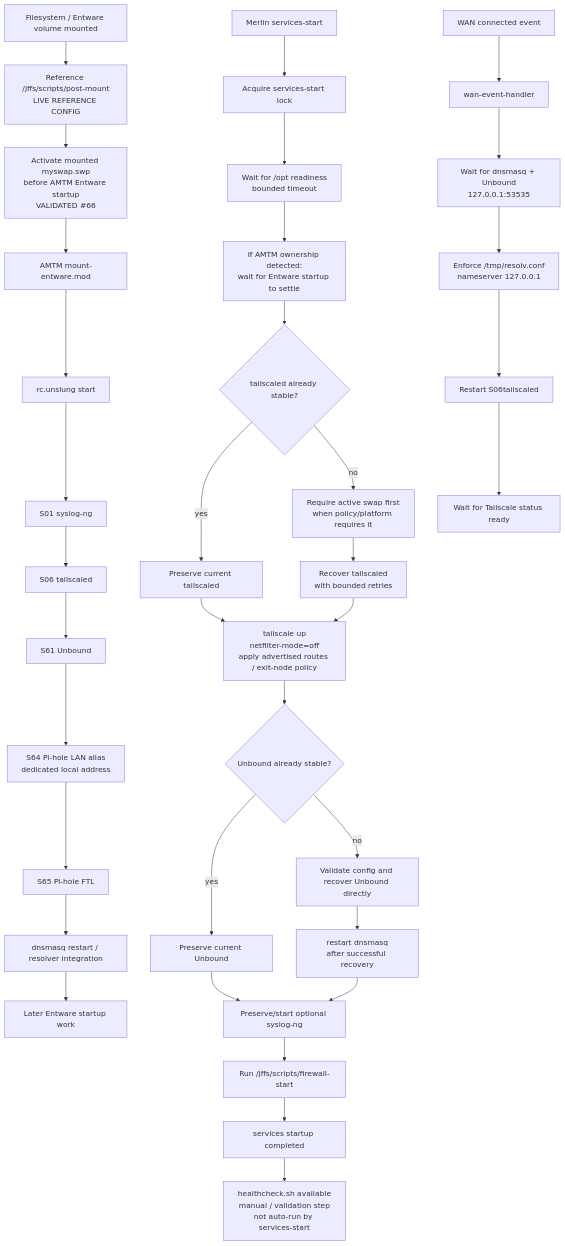
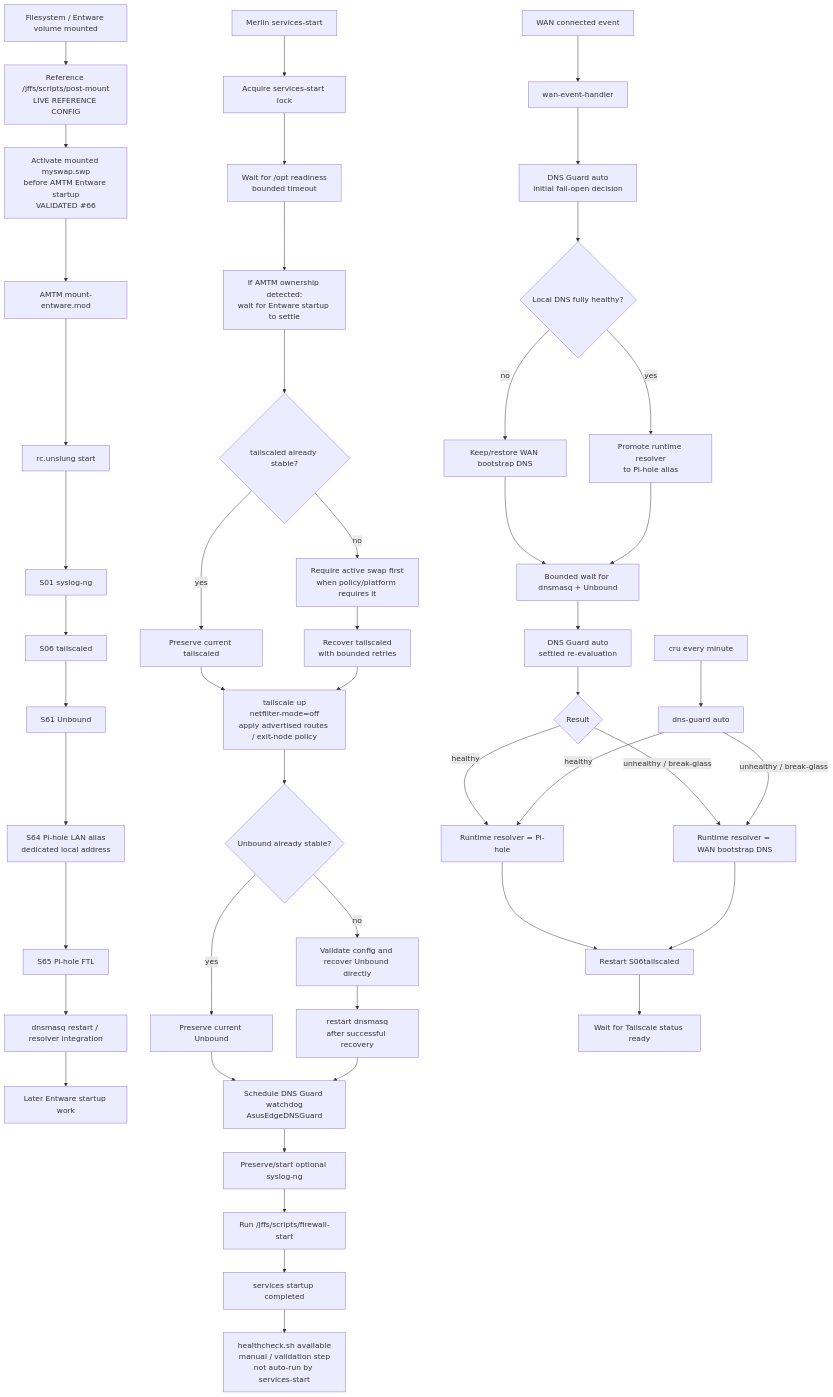
One commit to wojko6/Advanced-ASUS-Edge-Gateway-ZTNA-Infrastructure changed the diagram in docs/architecture/boot-service-dependency-flow.md. Above: the diagram before and after it, drawn with Mermaid. The commit also changed other lines of this file, not shown here.

Commit message:
docs: reconcile boot flow with DNS Guard v3.1

````diff
--- a/docs/architecture/boot-service-dependency-flow.md
+++ b/docs/architecture/boot-service-dependency-flow.md
@@ -7,39 +7,53 @@
 ```mermaid
 flowchart TD
     B["Filesystem / Entware volume mounted"] --> PM["Reference /jffs/scripts/post-mount<br/>LIVE REFERENCE CONFIG"]
     PM --> PS["Activate mounted myswap.swp<br/>before AMTM Entware startup<br/>VALIDATED #66"]
     PS --> AM["AMTM mount-entware.mod"]
     AM --> RC["rc.unslung start"]
     RC --> S1["S01 syslog-ng"]
     S1 --> S6["S06 tailscaled"]
     S6 --> S61["S61 Unbound"]
     S61 --> S64["S64 Pi-hole LAN alias<br/>dedicated local address"]
     S64 --> S65["S65 Pi-hole FTL"]
     S65 --> DM["dnsmasq restart / resolver integration"]
     DM --> SLATE["Later Entware startup work"]
 
     MS["Merlin services-start"] --> LK["Acquire services-start lock"]
     LK --> OP["Wait for /opt readiness<br/>bounded timeout"]
     OP --> AS["If AMTM ownership detected:<br/>wait for Entware startup to settle"]
     AS --> TC{"tailscaled already stable?"}
     TC -->|"yes"| TP["Preserve current tailscaled"]
     TC -->|"no"| SW["Require active swap first<br/>when policy/platform requires it"]
     SW --> TR["Recover tailscaled<br/>with bounded retries"]
     TP --> UP["tailscale up<br/>netfilter-mode=off<br/>apply advertised routes / exit-node policy"]
     TR --> UP
     UP --> UB{"Unbound already stable?"}
     UB -->|"yes"| UK["Preserve current Unbound"]
     UB -->|"no"| UR["Validate config and recover Unbound directly"]
     UR --> RD["restart dnsmasq<br/>after successful recovery"]
-    UK --> SL["Preserve/start optional syslog-ng"]
-    RD --> SL
+    UK --> DG["Schedule DNS Guard watchdog<br/>AsusEdgeDNSGuard"]
+    RD --> DG
+    DG --> SL["Preserve/start optional syslog-ng"]
     SL --> FW["Run /jffs/scripts/firewall-start"]
     FW --> OK["services startup completed"]
     OK --> HC["healthcheck.sh available<br/>manual / validation step<br/>not auto-run by services-start"]
 
     WE["WAN connected event"] --> WH["wan-event-handler"]
-    WH --> WD["Wait for dnsmasq + Unbound<br/>127.0.0.1:53535"]
-    WD --> SR["Enforce /tmp/resolv.conf<br/>nameserver 127.0.0.1"]
-    SR --> RT["Restart S06tailscaled"]
+    WH --> GI["DNS Guard auto<br/>initial fail-open decision"]
+    GI --> BP{"Local DNS fully healthy?"}
+    BP -->|"no"| WB["Keep/restore WAN bootstrap DNS"]
+    BP -->|"yes"| LP["Promote runtime resolver<br/>to Pi-hole alias"]
+    WB --> BW["Bounded wait for dnsmasq + Unbound"]
+    LP --> BW
+    BW --> GS["DNS Guard auto<br/>settled re-evaluation"]
+    GS --> RS{"Result"}
+    RS -->|"healthy"| PL["Runtime resolver = Pi-hole"]
+    RS -->|"unhealthy / break-glass"| WA["Runtime resolver = WAN bootstrap DNS"]
+    PL --> RT["Restart S06tailscaled"]
+    WA --> RT
     RT --> RR["Wait for Tailscale status ready"]
+
+    CRON["cru every minute"] --> GA["dns-guard auto"]
+    GA -->|"healthy"| PL
+    GA -->|"unhealthy / break-glass"| WA
 ```
````
